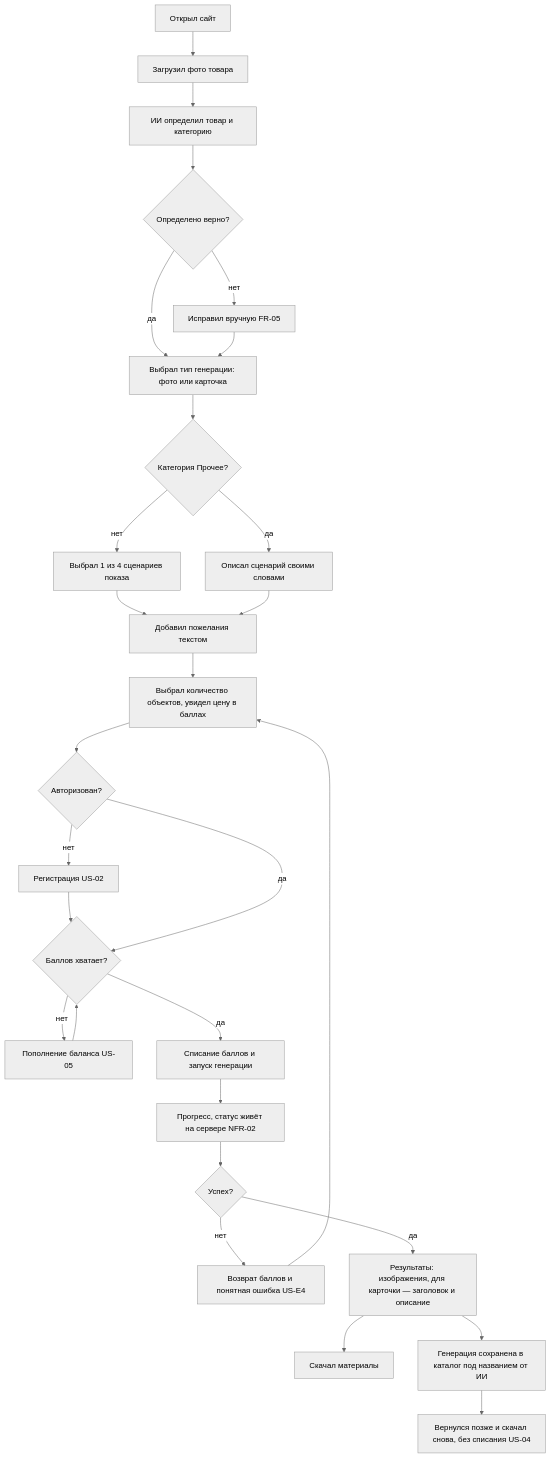
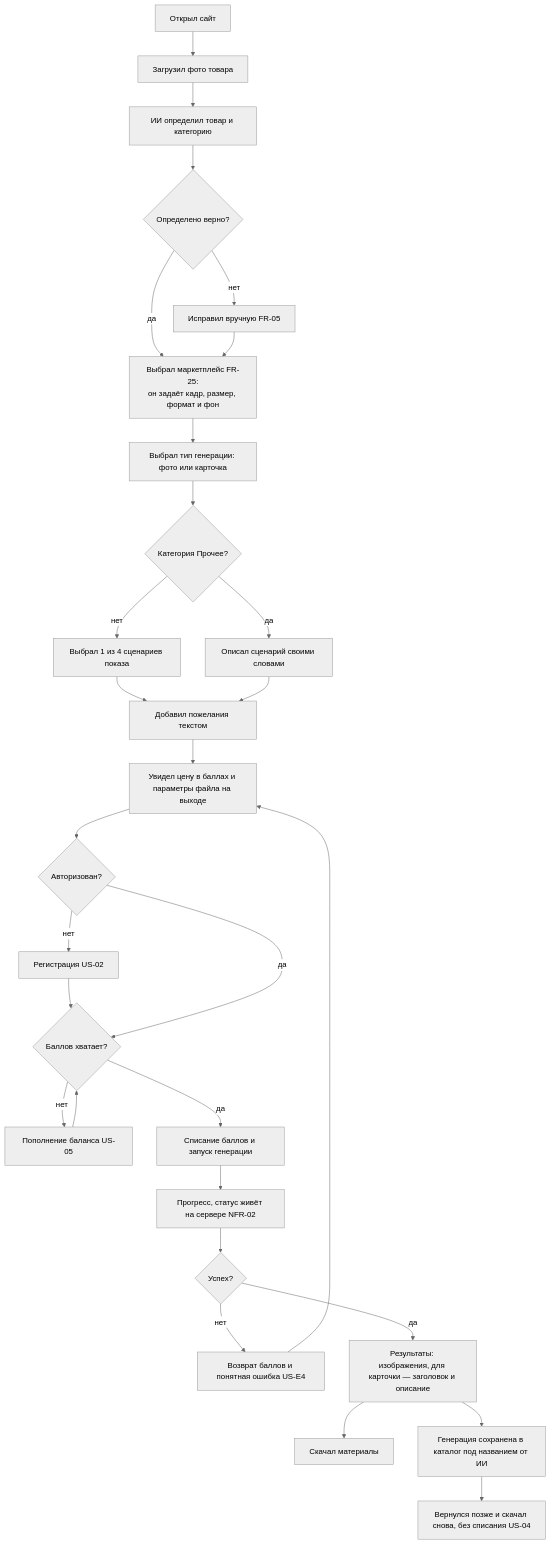
One commit to ovr58/MerchKit changed the first of 6 diagrams in docs/VISUALS.md. Above: the diagram before and after it, drawn with Mermaid (neutral theme). The commit also changed other lines of this file and 34 other files, not shown here.

````diff
--- a/docs/VISUALS.md
+++ b/docs/VISUALS.md
@@ -46,26 +46,27 @@
 ```mermaid
 flowchart TD
     A[Открыл сайт] --> B[Загрузил фото товара]
     B --> C[ИИ определил товар и категорию]
     C --> D{Определено верно?}
-    D -->|да| E[Выбрал тип генерации: фото или карточка]
-    D -->|нет| D2[Исправил вручную FR-05] --> E
+    D -->|да| MP[Выбрал маркетплейс FR-25:<br/>он задаёт кадр, размер, формат и фон]
+    D -->|нет| D2[Исправил вручную FR-05] --> MP
+    MP --> E[Выбрал тип генерации: фото или карточка]
     E --> F{Категория Прочее?}
     F -->|нет| G[Выбрал 1 из 4 сценариев показа]
     F -->|да| H[Описал сценарий своими словами]
     G --> I[Добавил пожелания текстом]
     H --> I
-    I --> J[Выбрал количество объектов, увидел цену в баллах]
+    I --> J[Увидел цену в баллах и параметры файла на выходе]
     J --> K{Авторизован?}
     K -->|нет| L[Регистрация US-02] --> M
     K -->|да| M{Баллов хватает?}
     M -->|нет| N[Пополнение баланса US-05] --> M
     M -->|да| O[Списание баллов и запуск генерации]
     O --> P[Прогресс, статус живёт на сервере NFR-02]
     P --> Q{Успех?}
     Q -->|нет| R[Возврат баллов и понятная ошибка US-E4] --> J
     Q -->|да| S[Результаты: изображения, для карточки — заголовок и описание]
     S --> T[Скачал материалы]
     S --> U[Генерация сохранена в каталог под названием от ИИ]
     U --> V[Вернулся позже и скачал снова, без списания US-04]
 ```
````
